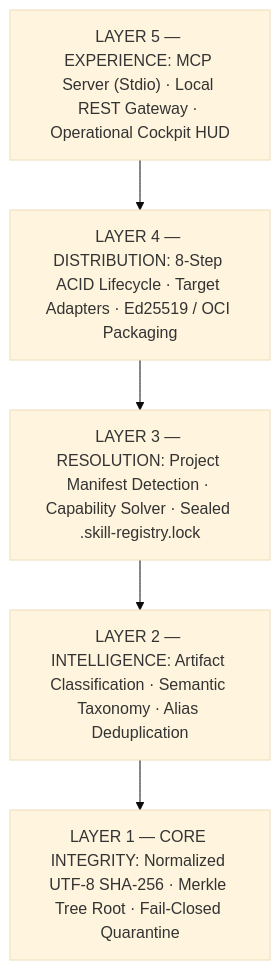
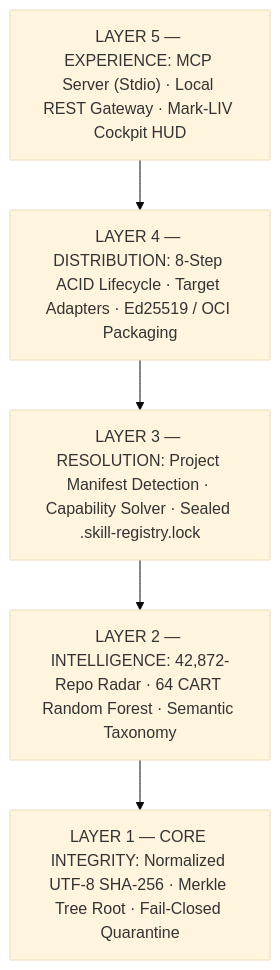
Before and after one commit to robertoatila/jarvis-skill-registry: the first of 4 diagrams in README.md, drawn with Mermaid (base theme). The commit also changed other lines of this file and 7 other files, not shown here.

````diff
--- a/README.md
+++ b/README.md
@@ -94,10 +103,10 @@
 ```mermaid
 flowchart TB
-    L5["LAYER 5 — EXPERIENCE: MCP Server (Stdio) · Local REST Gateway · Operational Cockpit HUD"]
+    L5["LAYER 5 — EXPERIENCE: MCP Server (Stdio) · Local REST Gateway · Mark-LIV Cockpit HUD"]
     L4["LAYER 4 — DISTRIBUTION: 8-Step ACID Lifecycle · Target Adapters · Ed25519 / OCI Packaging"]
     L3["LAYER 3 — RESOLUTION: Project Manifest Detection · Capability Solver · Sealed .skill-registry.lock"]
-    L2["LAYER 2 — INTELLIGENCE: Artifact Classification · Semantic Taxonomy · Alias Deduplication"]
+    L2["LAYER 2 — INTELLIGENCE: 42,872-Repo Radar · 64 CART Random Forest · Semantic Taxonomy"]
     L1["LAYER 1 — CORE INTEGRITY: Normalized UTF-8 SHA-256 · Merkle Tree Root · Fail-Closed Quarantine"]
 
     L5 --> L4 --> L3 --> L2 --> L1
 ```
````
